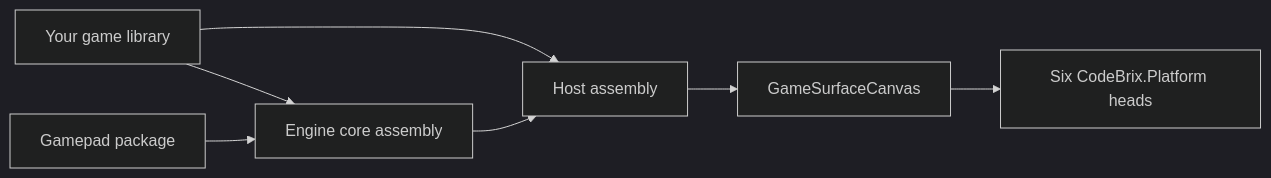
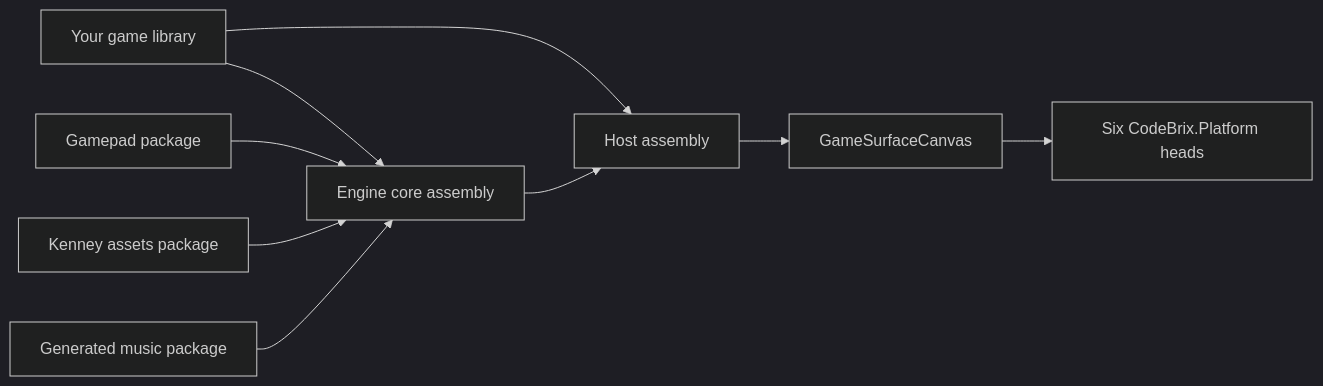
One commit to ellisnet/CodeBrix changed the diagram in docs/libraries/CodeBrix.Platform.GameEngine.md. Above: the diagram before and after it, drawn with Mermaid (dark theme). The commit also changed other lines of this file and 17 other files, not shown here.

````diff
--- a/docs/libraries/CodeBrix.Platform.GameEngine.md
+++ b/docs/libraries/CodeBrix.Platform.GameEngine.md
@@ -75,9 +120,11 @@
 ```mermaid
 flowchart LR
   Game[Your game library] --> Engine[Engine core assembly]
   Game --> Host[Host assembly]
   Engine --> Host
   Host --> Canvas[GameSurfaceCanvas]
   Canvas --> Heads[Six CodeBrix.Platform heads]
   Pads[Gamepad package] --> Engine
+  Kenney[Kenney assets package] --> Engine
+  Music[Generated music package] --> Engine
 ```
````
